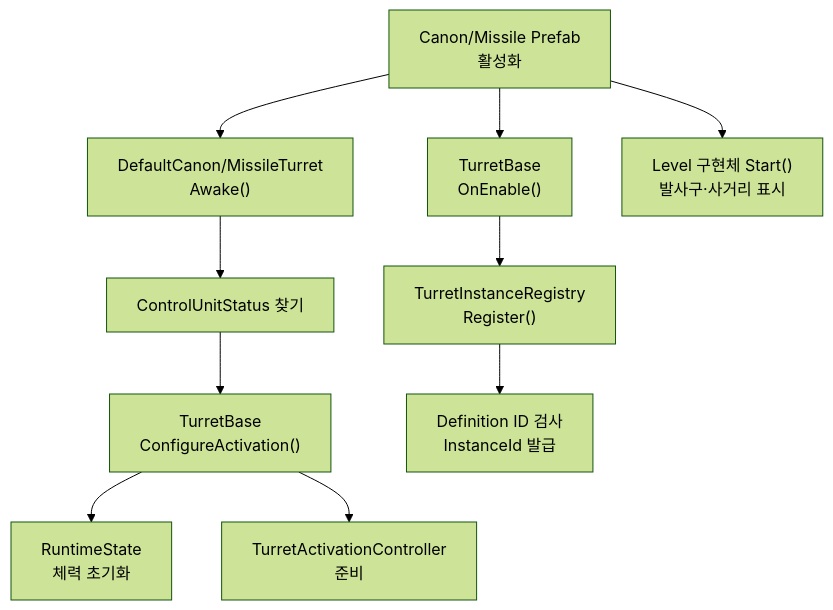
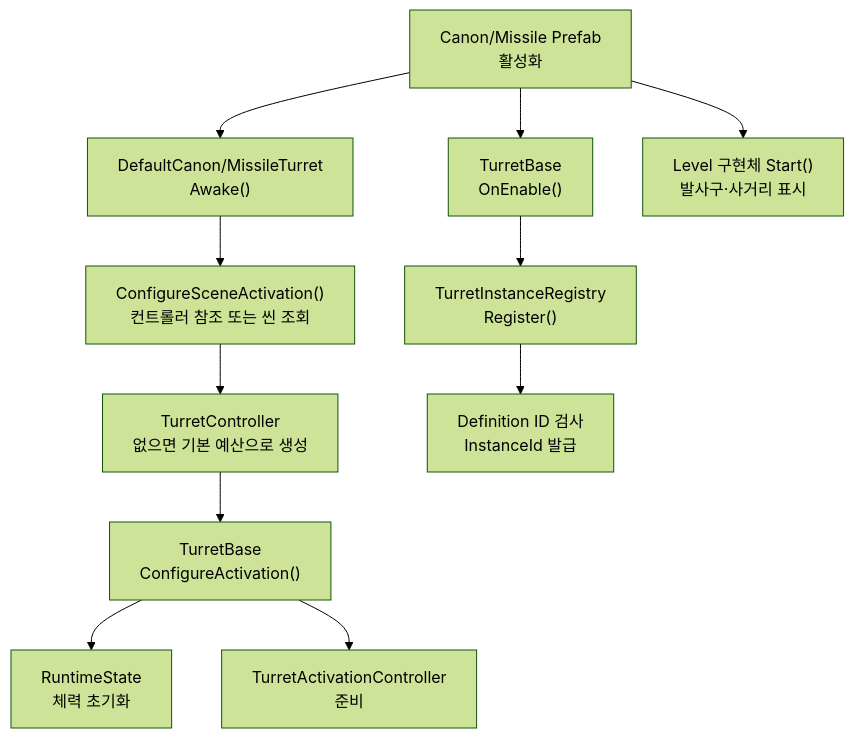
Before and after one commit to Team-HJD-21/unity-6-the-developer: the fourth of 15 diagrams in Docs/architecture/turret-system-guide.md, drawn with Mermaid (forest theme). The commit also changed other lines of this file, not shown here.

Commit message:
docs(turret): document power ownership and controller snapshot APIs

````diff
--- a/Docs/architecture/turret-system-guide.md
+++ b/Docs/architecture/turret-system-guide.md
@@ -220,12 +286,13 @@
 ```mermaid
 flowchart TD
     Prefab["Canon/Missile Prefab<br>활성화"] --> Awake["DefaultCanon/MissileTurret<br>Awake()"]
-    Awake --> Find["ControlUnitStatus 찾기"]
-    Find --> Configure["TurretBase<br>ConfigureActivation()"]
+    Awake --> Find["ConfigureSceneActivation()<br>컨트롤러 참조 또는 씬 조회"]
+    Find --> Budget["TurretController<br>없으면 기본 예산으로 생성"]
+    Budget --> Configure["TurretBase<br>ConfigureActivation()"]
     Configure --> Health["RuntimeState<br>체력 초기화"]
     Configure --> Controller["TurretActivationController<br>준비"]
     Prefab --> Enable["TurretBase<br>OnEnable()"]
     Enable --> Register["TurretInstanceRegistry<br>Register()"]
     Register --> Validate["Definition ID 검사<br>InstanceId 발급"]
     Prefab --> Start["Level 구현체 Start()<br>발사구·사거리 표시"]
 ```
````
